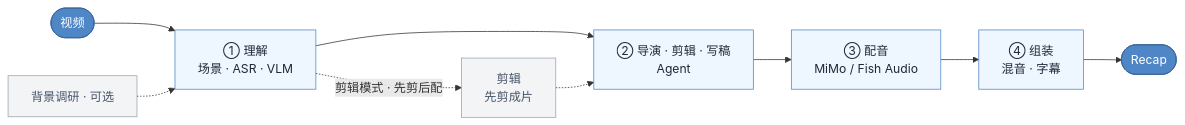
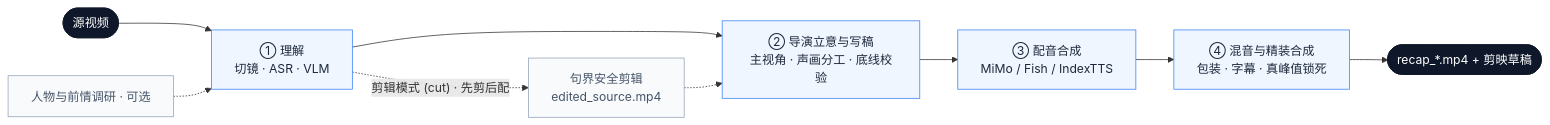
The diagram in data/readmes/zenstory-ai__video-recap-skills.md (zqf20096327/ai_collect), drawn with Mermaid before and after one commit. The commit also changed other lines of this file and 1908 other files, not shown here.

````diff
--- a/data/readmes/zenstory-ai__video-recap-skills.md
+++ b/data/readmes/zenstory-ai__video-recap-skills.md
@@ -319,13 +166,16 @@
 ```mermaid
 flowchart LR
-    video(["视频"]) --> understand["① 理解<br/>场景 · ASR · VLM"]
-    research["背景调研 · 可选"] -.-> understand
-    understand --> script["② 导演 · 剪辑 · 写稿<br/>Agent"] --> voiceover["③ 配音<br/>MiMo / Fish Audio"] --> assemble["④ 组装<br/>混音 · 字幕"] --> output(["Recap"])
-    understand -. 剪辑模式 · 先剪后配 .-> cut["剪辑<br/>先剪成片"] -.-> script
-    classDef io fill:#4f86c6,stroke:#3a6298,color:#fff;
-    classDef stage fill:#eef6ff,stroke:#4f86c6,color:#1f2937;
-    classDef opt fill:#f3f4f6,stroke:#9ca3af,color:#475569;
+    video(["源视频"]) --> understand["① 理解<br/>切镜 · ASR · VLM"]
+    research["人物与前情调研 · 可选"] -.-> understand
+    understand --> plan["② 导演立意与写稿<br/>主视角 · 声画分工 · 底线校验"]
+    understand -. "剪辑模式 (cut) · 先剪后配" .-> cut["句界安全剪辑<br/>edited_source.mp4"] -.-> plan
+    plan --> voiceover["③ 配音合成<br/>MiMo / Fish / IndexTTS"]
+    voiceover --> assemble["④ 混音与精装合成<br/>包装 · 字幕 · 真峰值锁死"]
+    assemble --> output(["recap_*.mp4 + 剪映草稿"])
+    classDef io fill:#0f172a,stroke:#0f172a,color:#fff;
+    classDef stage fill:#eff6ff,stroke:#3b82f6,color:#1e293b;
+    classDef opt fill:#f8fafc,stroke:#94a3b8,color:#475569;
     class video,output io;
-    class understand,script,voiceover,assemble stage;
+    class understand,plan,voiceover,assemble stage;
     class research,cut opt;
 ```
````
